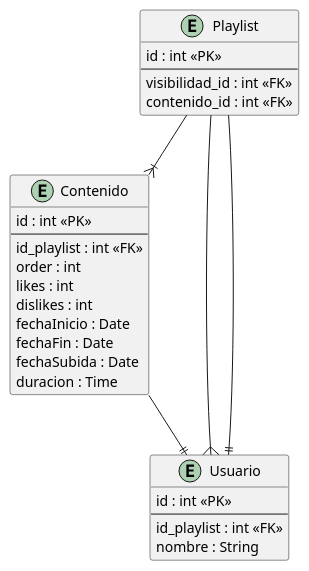
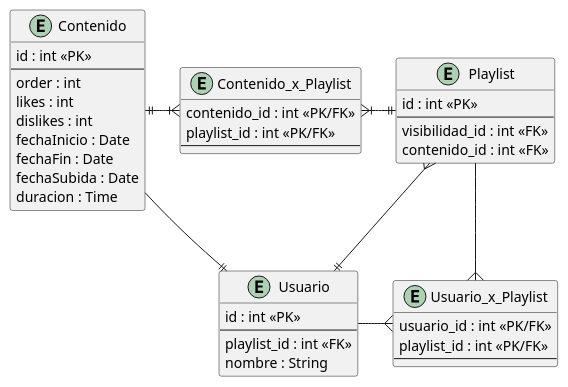
Before and after one commit to mbeorlegui/parciales-dds: the diagram in Segundos-parciales/2canciones/DER.puml, drawn with PlantUML. The commit also changed 3 other files, not shown here.

```diff
--- a/Segundos-parciales/2canciones/DER.puml
+++ b/Segundos-parciales/2canciones/DER.puml
@@ -1,39 +1,51 @@
 @startuml DER-2canciones
 
 entity Playlist {
   id : int <<PK>>
   --
   visibilidad_id : int <<FK>>
   contenido_id : int <<FK>>
 }
 
 entity Contenido {
   id : int <<PK>>
   --
-  id_playlist : int <<FK>>
   order : int
   likes : int
   dislikes : int
   fechaInicio : Date
   fechaFin : Date
   fechaSubida : Date
   duracion : Time
   ' embebo estadistica
   ' Dejo todas aca, porque uso SintleTable
 }
 
+entity Usuario_x_Playlist {
+  usuario_id : int <<PK/FK>>
+  playlist_id : int <<PK/FK>>
+  --
+}
+
+entity Contenido_x_Playlist {
+  contenido_id : int <<PK/FK>>
+  playlist_id : int <<PK/FK>>
+  --
+}
 
 entity Usuario {
   id : int <<PK>>
   --
-  id_playlist : int <<FK>>
+  playlist_id : int <<FK>>
   nombre : String
 }
 
 
-Playlist --{ Usuario
-Playlist --|{ Contenido
-Playlist --|| Usuario
-Contenido --|| Usuario
+Playlist --{ Usuario_x_Playlist
+Usuario -right-{ Usuario_x_Playlist
+Playlist ||-left|{ Contenido_x_Playlist
+Contenido ||-|{ Contenido_x_Playlist
+Playlist }--|| Usuario
+Contenido -right-|| Usuario
 
 @enduml
```
